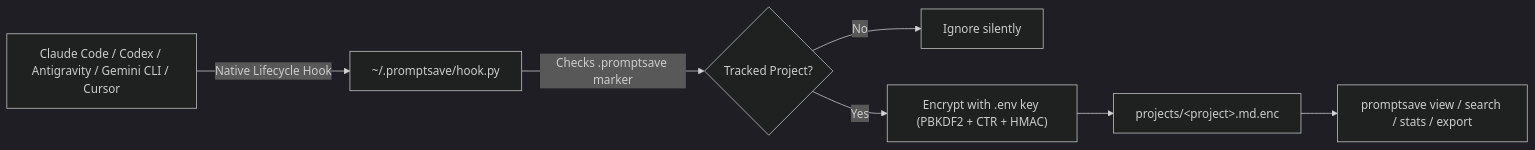
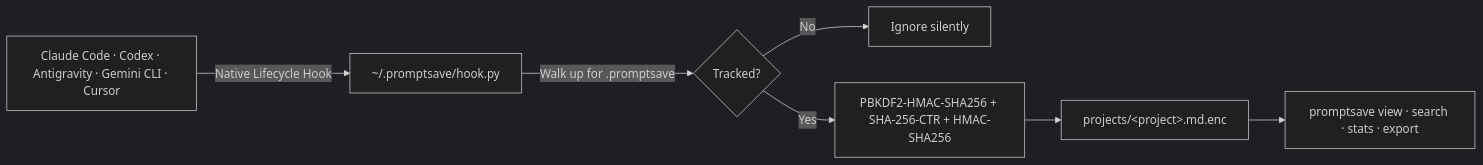
Before and after one commit to fkayhan11/promptsave: the diagram in README.md, drawn with Mermaid (dark theme). The commit also changed other lines of this file and 2 other files, not shown here.

````diff
--- a/README.md
+++ b/README.md
@@ -37,9 +98,9 @@
 ```mermaid
 flowchart LR
-    A["Claude Code / Codex / Antigravity / Gemini CLI / Cursor"] -->|"Native Lifecycle Hook"| B["~/.promptsave/hook.py"]
-    B -->|"Checks .promptsave marker"| C{"Tracked Project?"}
+    A["Claude Code · Codex · Antigravity · Gemini CLI · Cursor"] -->|"Native Lifecycle Hook"| B["~/.promptsave/hook.py"]
+    B -->|"Walk up for .promptsave"| C{"Tracked?"}
     C -->|"No"| D["Ignore silently"]
-    C -->|"Yes"| E["Encrypt with .env key (PBKDF2 + CTR + HMAC)"]
+    C -->|"Yes"| E["PBKDF2-HMAC-SHA256 + SHA-256-CTR + HMAC-SHA256"]
     E --> F["projects/&lt;project&gt;.md.enc"]
-    F --> G["promptsave view / search / stats / export"]
+    F --> G["promptsave view · search · stats · export"]
 ```
````
